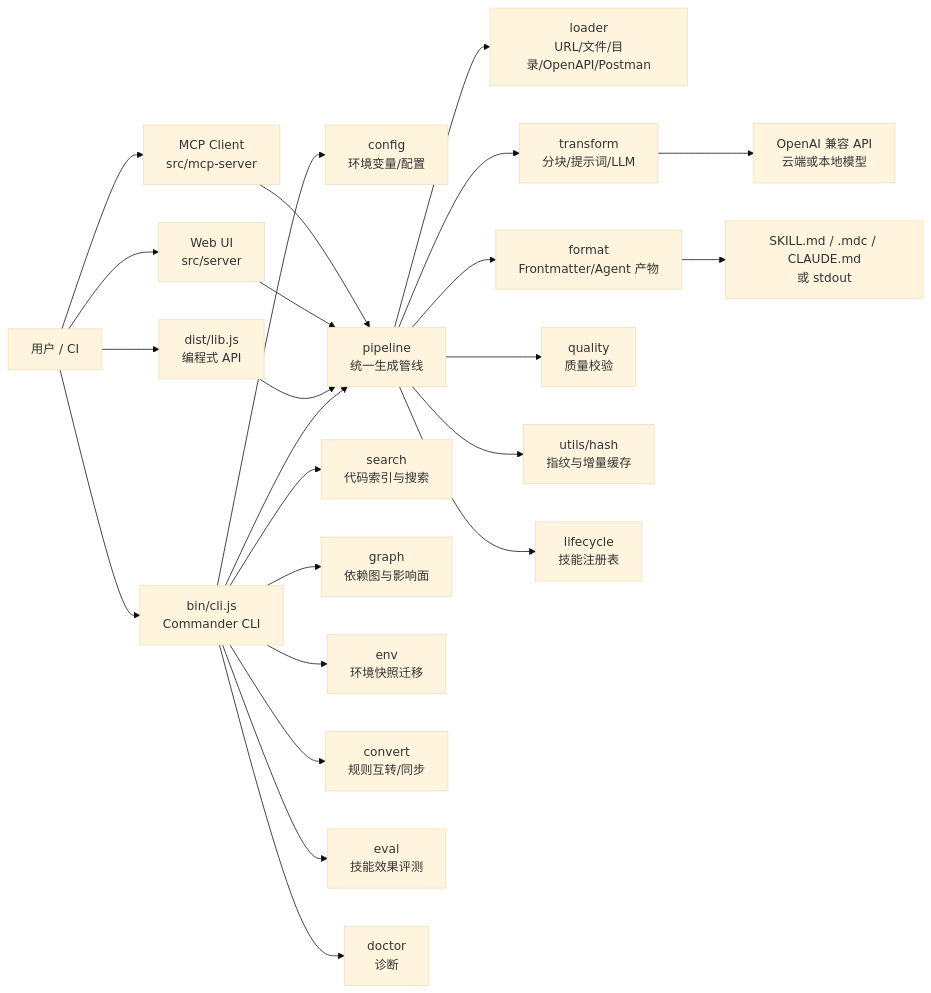
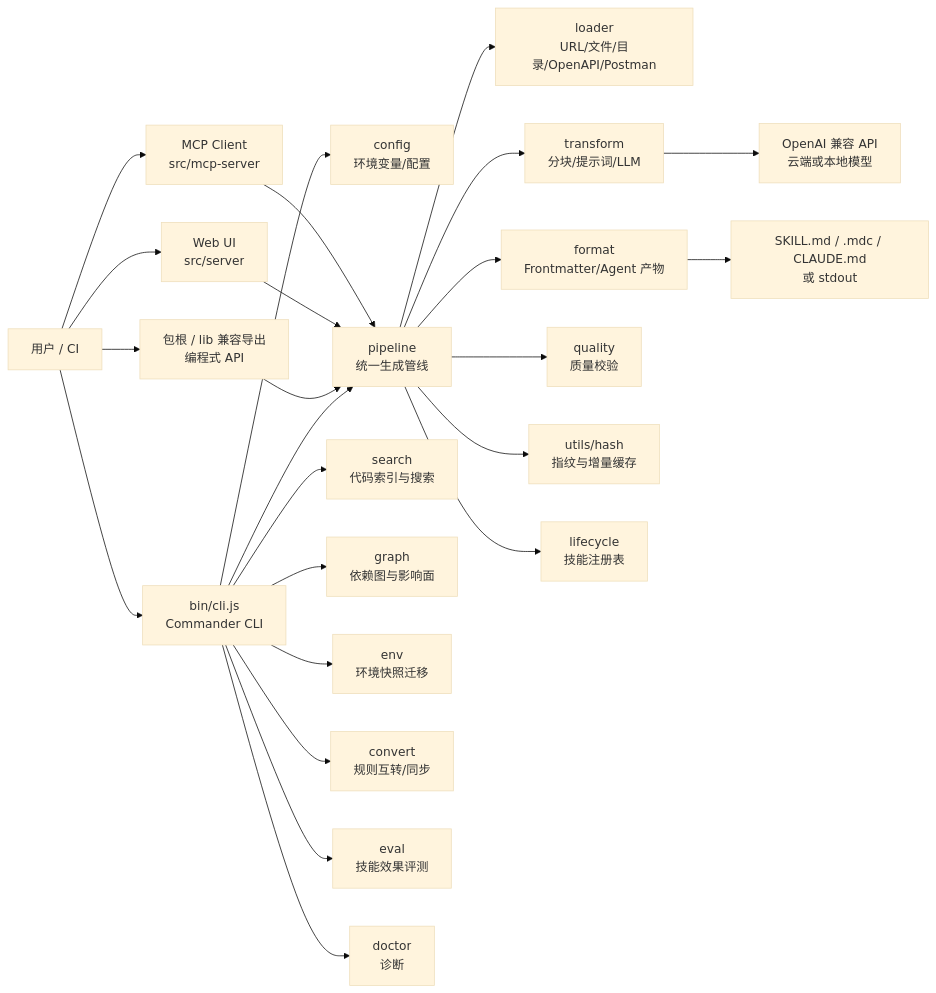
One commit to xkun1/ai-devtoolkit changed the first of 2 diagrams in docs/architecture.md. Above: the diagram before and after it, drawn with Mermaid (base theme). The commit also changed other lines of this file and 66 other files, not shown here.

````diff
--- a/docs/architecture.md
+++ b/docs/architecture.md
@@ -7,29 +7,29 @@
 ```mermaid
 flowchart LR
     U[用户 / CI] --> CLI[bin/cli.js\nCommander CLI]
-    U --> API[dist/lib.js\n编程式 API]
+    U --> API[包根 / lib 兼容导出\n编程式 API]
     U --> UI[Web UI\nsrc/server]
     U --> MCP[MCP Client\nsrc/mcp-server]
 
     CLI --> CFG[config\n环境变量/配置]
     CLI --> PIPE[pipeline\n统一生成管线]
     API --> PIPE
     UI --> PIPE
     MCP --> PIPE
 
     PIPE --> LOAD[loader\nURL/文件/目录/OpenAPI/Postman]
     PIPE --> TRANS[transform\n分块/提示词/LLM]
     TRANS --> LLM[OpenAI 兼容 API\n云端或本地模型]
     PIPE --> FORMAT[format\nFrontmatter/Agent 产物]
     PIPE --> QUALITY[quality\n质量校验]
     PIPE --> CACHE[utils/hash\n指纹与增量缓存]
     PIPE --> LIFE[lifecycle\n技能注册表]
     FORMAT --> OUT[SKILL.md / .mdc / CLAUDE.md\n或 stdout]
 
     CLI --> SEARCH[search\n代码索引与搜索]
     CLI --> GRAPH[graph\n依赖图与影响面]
     CLI --> ENV[env\n环境快照迁移]
     CLI --> CONVERT[convert\n规则互转/同步]
     CLI --> EVAL[eval\n技能效果评测]
     CLI --> DOCTOR[doctor\n诊断]
 ```
````
